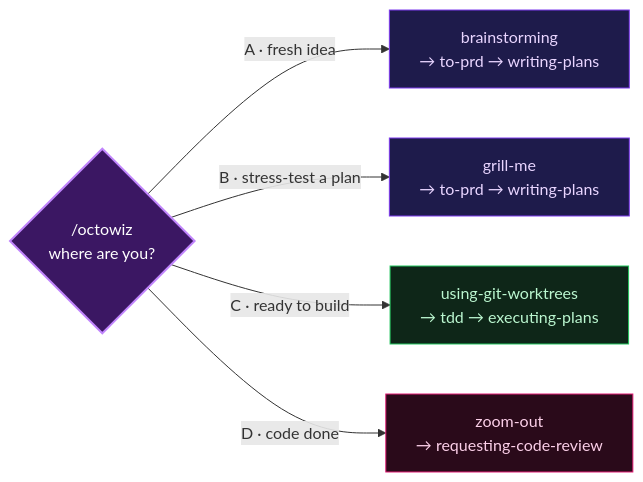
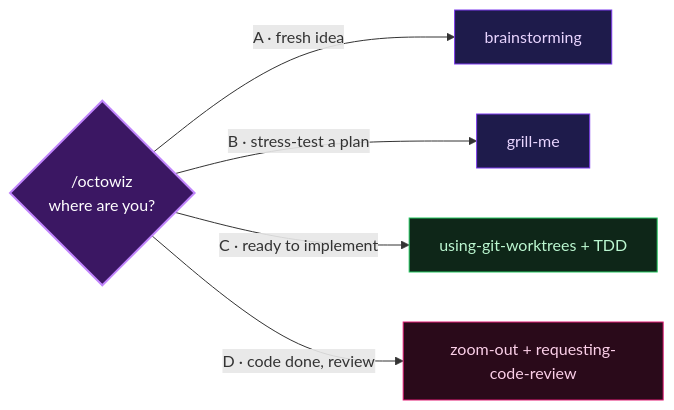
One commit to raelli/octowiz changed the second of 3 diagrams in README.md. Above: the diagram before and after it, drawn with Mermaid. The commit also changed other lines of this file, not shown here.

````diff
--- a/README.md
+++ b/README.md
@@ -64,13 +295,13 @@
 ```mermaid
 flowchart LR
     Q{"/octowiz<br/>where are you?"}:::core
-    Q -->|"A &middot; fresh idea"| A["brainstorming<br/>&rarr; to-prd &rarr; writing-plans"]:::plan
-    Q -->|"B &middot; stress-test a plan"| B["grill-me<br/>&rarr; to-prd &rarr; writing-plans"]:::plan
-    Q -->|"C &middot; ready to build"| C["using-git-worktrees<br/>&rarr; tdd &rarr; executing-plans"]:::build
-    Q -->|"D &middot; code done"| D["zoom-out<br/>&rarr; requesting-code-review"]:::review
+    Q -->|"A &middot; fresh idea"| A["brainstorming"]:::plan
+    Q -->|"B &middot; stress-test a plan"| B["grill-me"]:::plan
+    Q -->|"C &middot; ready to implement"| C["using-git-worktrees + TDD"]:::build
+    Q -->|"D &middot; code done, review"| D["zoom-out + requesting-code-review"]:::review
 
     classDef core fill:#3b1763,stroke:#c084fc,color:#fff,stroke-width:2px;
     classDef plan fill:#1e1b4b,stroke:#7c3aed,color:#e9d5ff;
     classDef build fill:#0e2618,stroke:#22c55e,color:#bbf7d0;
     classDef review fill:#2a0a1a,stroke:#e11d74,color:#fbcfe8;
 ```
````
